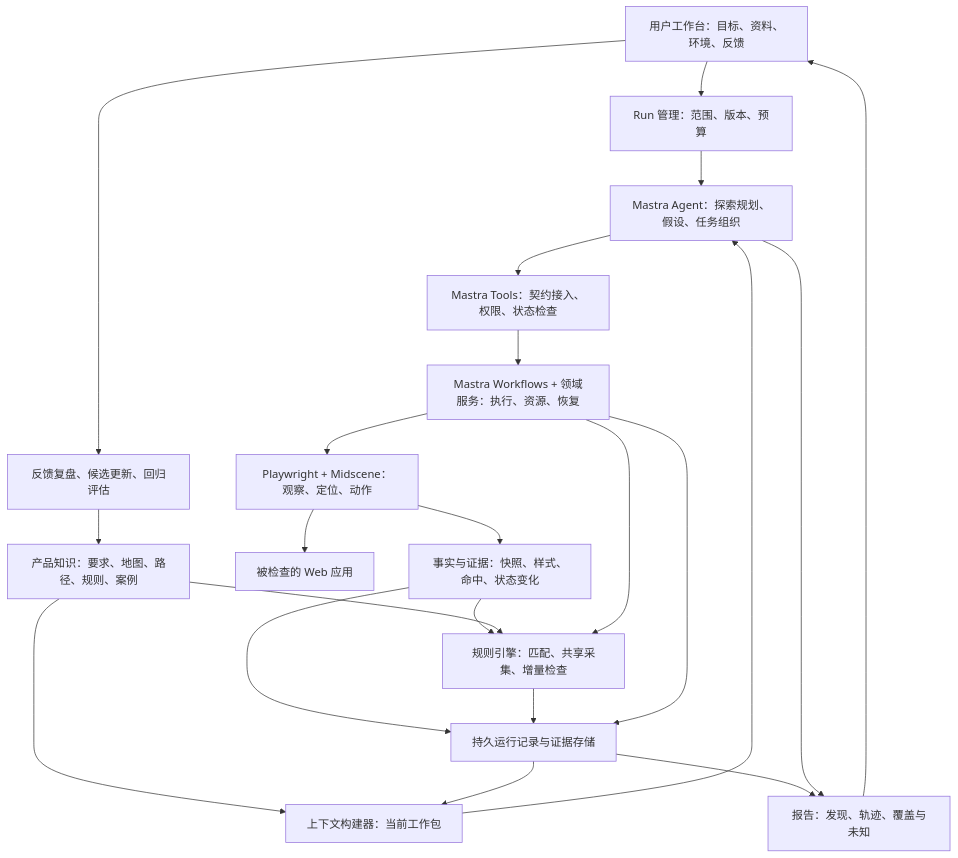
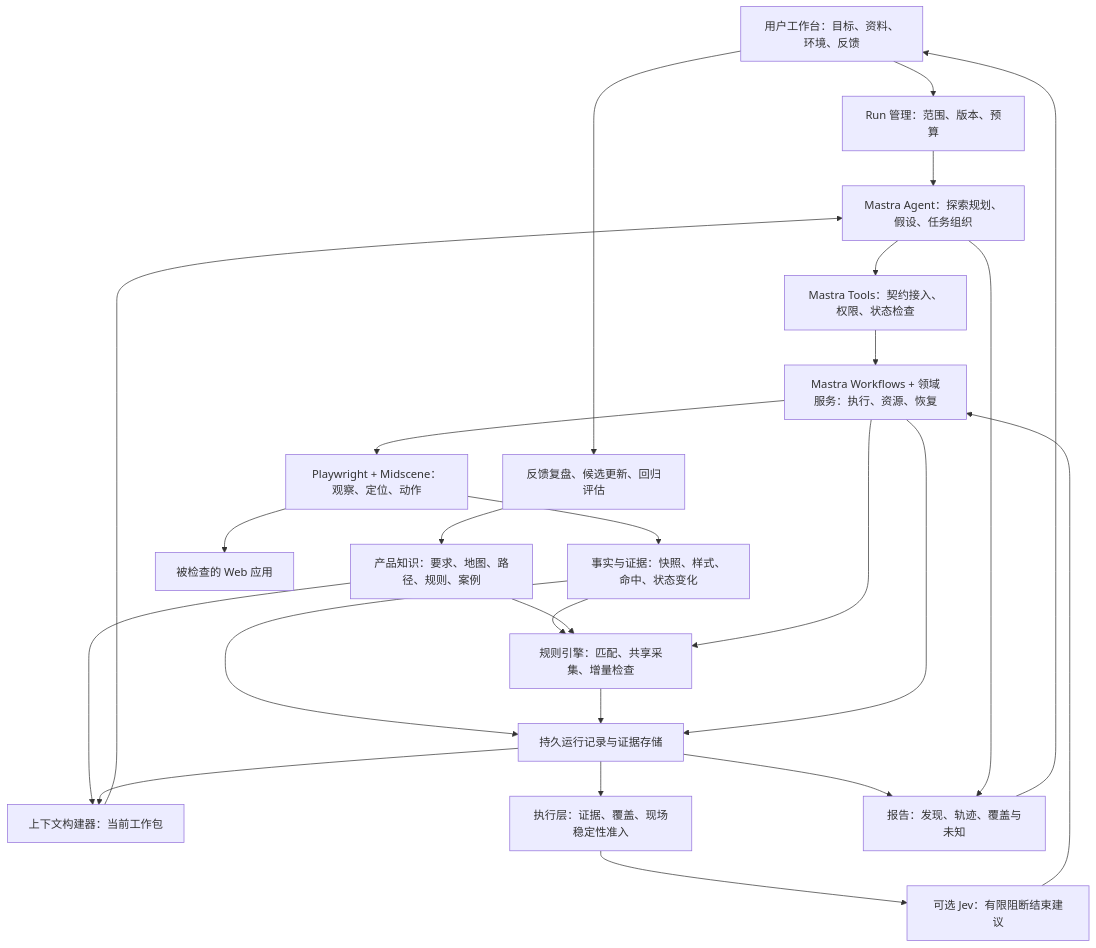
One commit to FailLone/ui-sentinel changed the diagram in docs/architecture.md. Above: the diagram before and after it, drawn with Mermaid. The commit also changed other lines of this file and 9 other files, not shown here.

Commit message:
Adopt bounded investigation and document validated architecture decision

````diff
--- a/docs/architecture.md
+++ b/docs/architecture.md
@@ -20,24 +22,27 @@
 ```mermaid
 flowchart TB
     U["用户工作台：目标、资料、环境、反馈"] --> R["Run 管理：范围、版本、预算"]
     R --> A["Mastra Agent：探索规划、假设、任务组织"]
     C["上下文构建器：当前工作包"] --> A
     K["产品知识：要求、地图、路径、规则、案例"] --> C
     A --> T["Mastra Tools：契约接入、权限、状态检查"]
     T --> E["Mastra Workflows + 领域服务：执行、资源、恢复"]
     E --> B["Playwright + Midscene：观察、定位、动作"]
     B --> W["被检查的 Web 应用"]
     B --> F["事实与证据：快照、样式、命中、状态变化"]
     F --> Q["规则引擎：匹配、共享采集、增量检查"]
     K --> Q
     E --> Q
     F --> D["持久运行记录与证据存储"]
     Q --> D
     E --> D
+    D --> G["执行层：证据、覆盖、现场稳定性准入"]
+    G --> J["可选 Jev：有限阻断结束建议"]
+    J --> E
     D --> C
     D --> P["报告：发现、轨迹、覆盖与未知"]
     A --> P
     P --> U
     U --> V["反馈复盘、候选更新、回归评估"]
     V --> K
 ```
````
